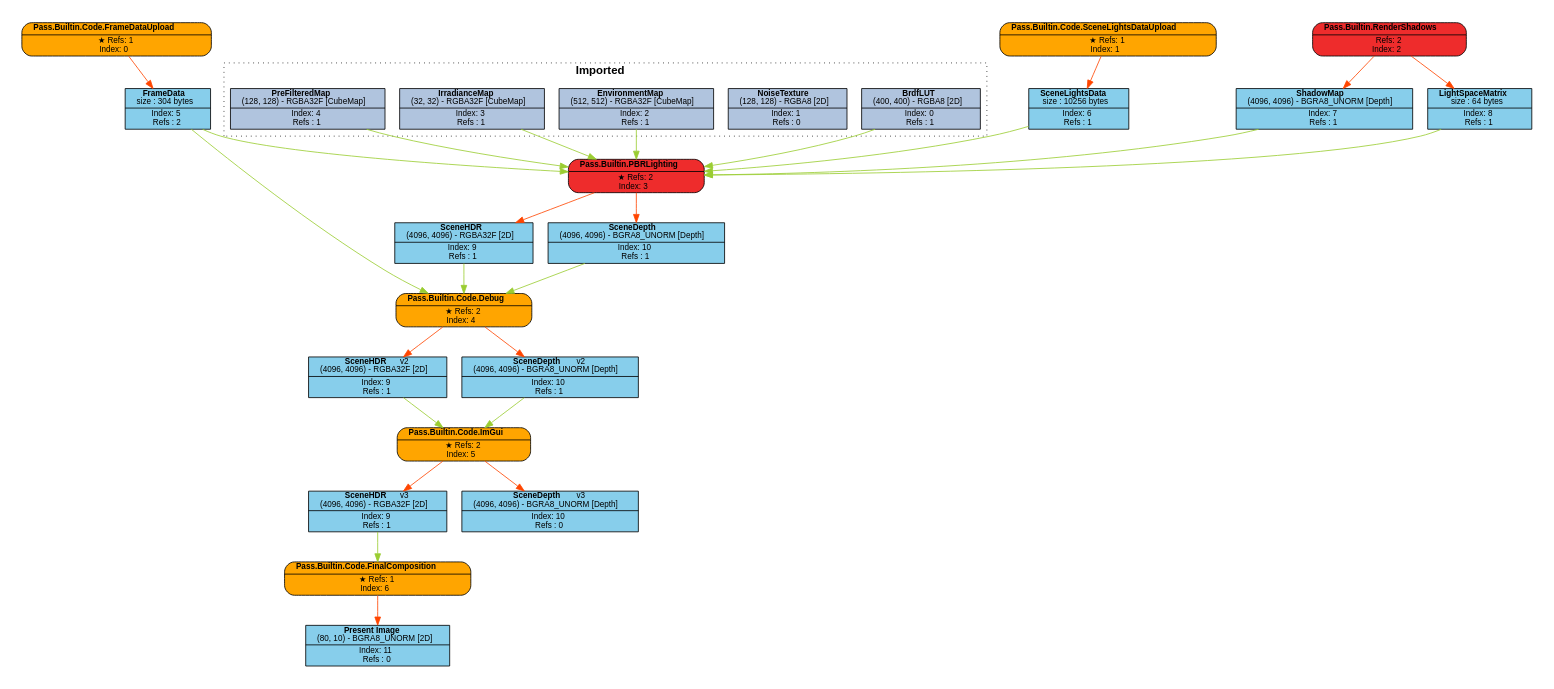
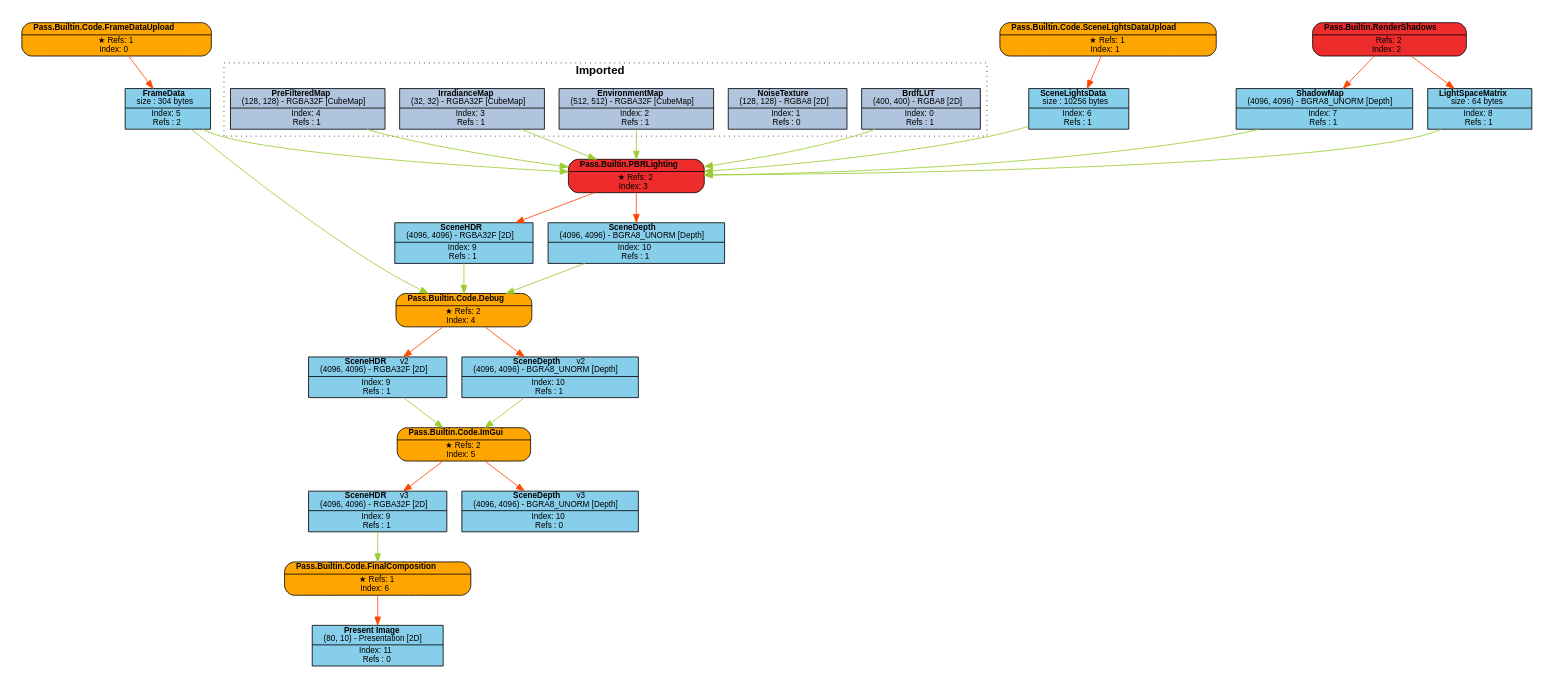
Before and after one commit to Pikachuxxxx/Razix: the diagram in Engine/content/FrameGraphs/data_driven_editor_test.dot, drawn with Graphviz. The commit also changed 30 other files, not shown here.

Commit message:
[Graphics] using sRGB rt and added tonemapping modes to composition pass;

```diff
--- a/Engine/content/FrameGraphs/data_driven_editor_test.dot
+++ b/Engine/content/FrameGraphs/data_driven_editor_test.dot
@@ -1,82 +1,82 @@
 digraph FrameGraph {
 graph [style=invis, rankdir="TB" ordering=out, splines=spline]
 node [shape=record, fontname="helvetica", fontsize=10, margin="0.2,0.03"]
 
 P0 [label=<{ {<B>Pass.Builtin.Code.FrameDataUpload</B>} | {&#x2605; Refs: 1<BR/> Index: 0} }> style="rounded,filled", fillcolor=orange]
 P1 [label=<{ {<B>Pass.Builtin.Code.SceneLightsDataUpload</B>} | {&#x2605; Refs: 1<BR/> Index: 1} }> style="rounded,filled", fillcolor=orange]
 P2 [label=<{ {<B>Pass.Builtin.RenderShadows</B>} | {Refs: 2<BR/> Index: 2} }> style="rounded,filled", fillcolor=firebrick2]
 P3 [label=<{ {<B>Pass.Builtin.PBRLighting</B>} | {&#x2605; Refs: 2<BR/> Index: 3} }> style="rounded,filled", fillcolor=firebrick2]
 P4 [label=<{ {<B>Pass.Builtin.Code.Debug</B>} | {&#x2605; Refs: 2<BR/> Index: 4} }> style="rounded,filled", fillcolor=orange]
 P5 [label=<{ {<B>Pass.Builtin.Code.ImGui</B>} | {&#x2605; Refs: 2<BR/> Index: 5} }> style="rounded,filled", fillcolor=orange]
 P6 [label=<{ {<B>Pass.Builtin.Code.FinalComposition</B>} | {&#x2605; Refs: 1<BR/> Index: 6} }> style="rounded,filled", fillcolor=orange]
 
 R0_1 [label=<{ {<B>BrdfLUT</B><BR/>(400, 400) - RGBA8 [2D]} | {Index: 0<BR/>Refs : 1} }> style=filled, fillcolor=lightsteelblue]
 R1_1 [label=<{ {<B>NoiseTexture</B><BR/>(128, 128) - RGBA8 [2D]} | {Index: 1<BR/>Refs : 0} }> style=filled, fillcolor=lightsteelblue]
 R2_1 [label=<{ {<B>EnvironmentMap</B><BR/>(512, 512) - RGBA32F [CubeMap]} | {Index: 2<BR/>Refs : 1} }> style=filled, fillcolor=lightsteelblue]
 R3_1 [label=<{ {<B>IrradianceMap</B><BR/>(32, 32) - RGBA32F [CubeMap]} | {Index: 3<BR/>Refs : 1} }> style=filled, fillcolor=lightsteelblue]
 R4_1 [label=<{ {<B>PreFilteredMap</B><BR/>(128, 128) - RGBA32F [CubeMap]} | {Index: 4<BR/>Refs : 1} }> style=filled, fillcolor=lightsteelblue]
 R5_1 [label=<{ {<B>FrameData</B><BR/>size : 304 bytes} | {Index: 5<BR/>Refs : 2} }> style=filled, fillcolor=skyblue]
 R6_1 [label=<{ {<B>SceneLightsData</B><BR/>size : 10256 bytes} | {Index: 6<BR/>Refs : 1} }> style=filled, fillcolor=skyblue]
 R7_1 [label=<{ {<B>ShadowMap</B><BR/>(4096, 4096) - BGRA8_UNORM [Depth]} | {Index: 7<BR/>Refs : 1} }> style=filled, fillcolor=skyblue]
 R8_1 [label=<{ {<B>LightSpaceMatrix</B><BR/>size : 64 bytes} | {Index: 8<BR/>Refs : 1} }> style=filled, fillcolor=skyblue]
 R9_1 [label=<{ {<B>SceneHDR</B><BR/>(4096, 4096) - RGBA32F [2D]} | {Index: 9<BR/>Refs : 1} }> style=filled, fillcolor=skyblue]
 R10_1 [label=<{ {<B>SceneDepth</B><BR/>(4096, 4096) - BGRA8_UNORM [Depth]} | {Index: 10<BR/>Refs : 1} }> style=filled, fillcolor=skyblue]
 R9_2 [label=<{ {<B>SceneHDR</B>   <FONT>v2</FONT><BR/>(4096, 4096) - RGBA32F [2D]} | {Index: 9<BR/>Refs : 1} }> style=filled, fillcolor=skyblue]
 R10_2 [label=<{ {<B>SceneDepth</B>   <FONT>v2</FONT><BR/>(4096, 4096) - BGRA8_UNORM [Depth]} | {Index: 10<BR/>Refs : 1} }> style=filled, fillcolor=skyblue]
 R9_3 [label=<{ {<B>SceneHDR</B>   <FONT>v3</FONT><BR/>(4096, 4096) - RGBA32F [2D]} | {Index: 9<BR/>Refs : 1} }> style=filled, fillcolor=skyblue]
 R10_3 [label=<{ {<B>SceneDepth</B>   <FONT>v3</FONT><BR/>(4096, 4096) - BGRA8_UNORM [Depth]} | {Index: 10<BR/>Refs : 0} }> style=filled, fillcolor=skyblue]
-R11_1 [label=<{ {<B>Present Image</B><BR/>(80, 10) - BGRA8_UNORM [2D]} | {Index: 11<BR/>Refs : 0} }> style=filled, fillcolor=skyblue]
+R11_1 [label=<{ {<B>Present Image</B><BR/>(80, 10) - Presentation [2D]} | {Index: 11<BR/>Refs : 0} }> style=filled, fillcolor=skyblue]
 
 P0 -> { R5_1 } [color=orangered]
 P1 -> { R6_1 } [color=orangered]
 P2 -> { R7_1 R8_1 } [color=orangered]
 P3 -> { R9_1 R10_1 } [color=orangered]
 P4 -> { R9_2 R10_2 } [color=orangered]
 P5 -> { R9_3 R10_3 } [color=orangered]
 P6 -> { R11_1 } [color=orangered]
 
 R0_1 -> { P3 } [color=olivedrab3]
 R1_1 -> { } [color=olivedrab3]
 R2_1 -> { P3 } [color=olivedrab3]
 R3_1 -> { P3 } [color=olivedrab3]
 R4_1 -> { P3 } [color=olivedrab3]
 R5_1 -> { P3 P4 } [color=olivedrab3]
 R6_1 -> { P3 } [color=olivedrab3]
 R7_1 -> { P3 } [color=olivedrab3]
 R8_1 -> { P3 } [color=olivedrab3]
 R9_1 -> { P4 } [color=olivedrab3]
 R10_1 -> { P4 } [color=olivedrab3]
 R9_2 -> { P5 } [color=olivedrab3]
 R10_2 -> { P5 } [color=olivedrab3]
 R9_3 -> { P6 } [color=olivedrab3]
 R10_3 -> { } [color=olivedrab3]
 R11_1 -> { } [color=olivedrab3]
 
 subgraph cluster_0 {
 P0 R5_1 
 }
 subgraph cluster_1 {
 P1 R6_1 
 }
 subgraph cluster_2 {
 P2 R7_1 R8_1 
 }
 subgraph cluster_3 {
 P3 R9_1 R10_1 
 }
 subgraph cluster_4 {
 P4 
 }
 subgraph cluster_5 {
 P5 
 }
 subgraph cluster_6 {
 P6 R11_1 
 }
 
 subgraph cluster_imported_resources {
 graph [style=dotted, fontname="helvetica", label=< <B>Imported</B> >]
 R0_1 R1_1 R2_1 R3_1 R4_1 
 }
 
 }
```
